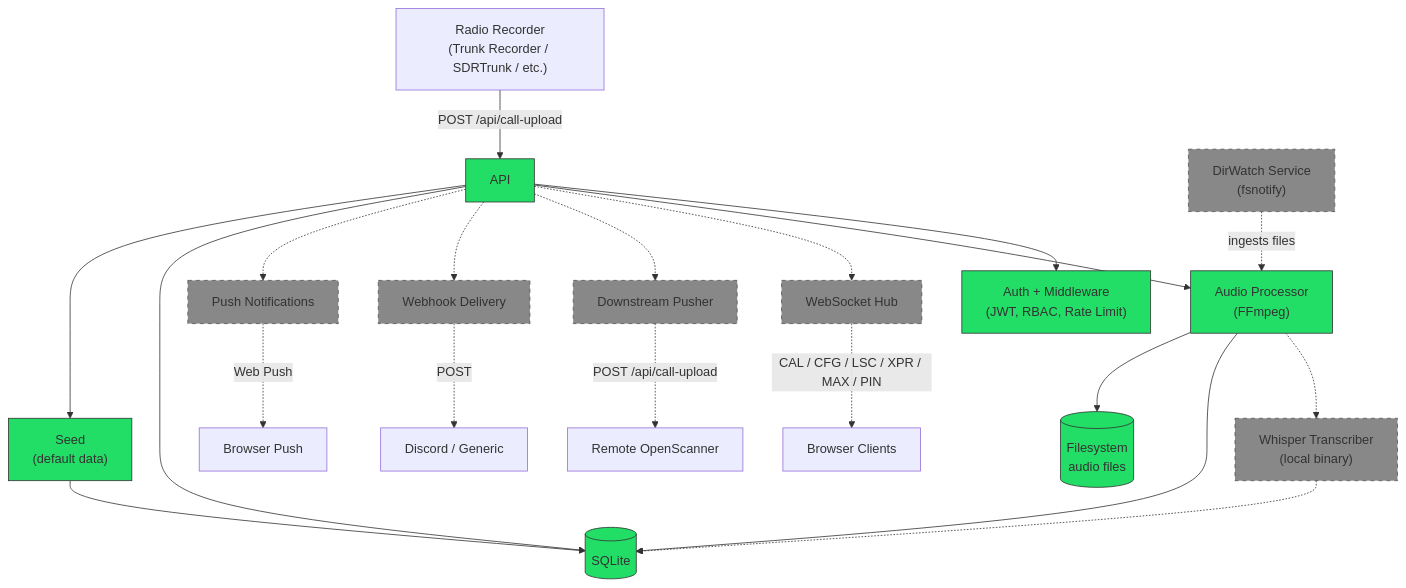
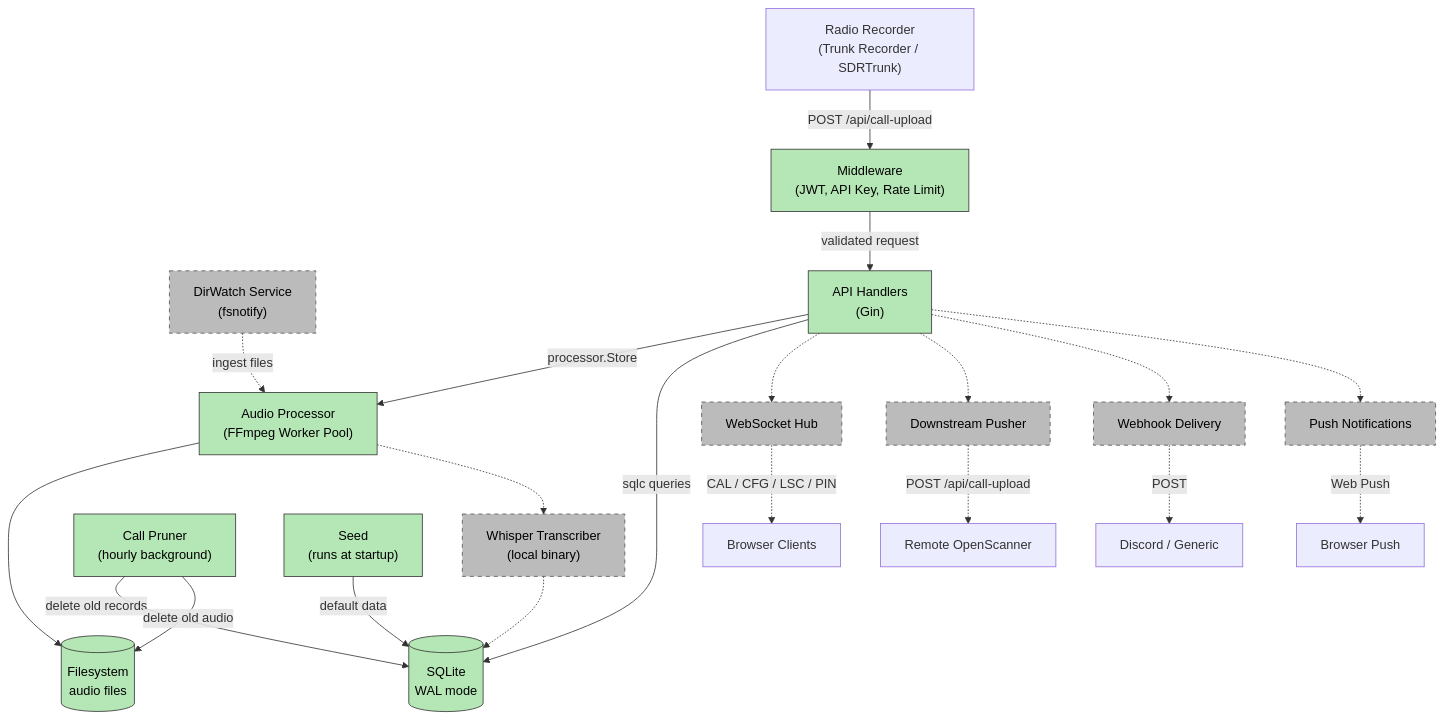
The diagram in docs/architecture.md (revtex/OpenScanner), drawn with Mermaid before and after one commit. The commit also changed other lines of this file, not shown here.

Commit message:
docs: fix architecture mermaid diagram
- Fix data flow accuracy: MW → API → Processor → FS, API → DB
- Split Pruner as separate background node with DB + FS connections
- Move Seed to startup-only (not called from API)
- Show middleware as request pipeline stage, not downstream call
- Improve readability: lighter stub fills, edge labels, black text

````diff
--- a/docs/architecture.md
+++ b/docs/architecture.md
@@ -13,35 +13,40 @@
 ```mermaid
 graph TD
-    Recorder["Radio Recorder\n(Trunk Recorder / SDRTrunk / etc.)"] -->|POST /api/call-upload| API
-    DirWatch["DirWatch Service\n(fsnotify)"] -.->|ingests files| Audio
-    API --> Auth["Auth + Middleware\n(JWT, RBAC, Rate Limit)"]
-    API --> Audio["Audio Processor\n(FFmpeg)"]
-    Audio -.-> Transcriber["Whisper Transcriber\n(local binary)"]
-    Audio --> DB[(SQLite)]
-    Audio --> FS[(Filesystem\naudio files)]
+    Recorder["Radio Recorder<br/>(Trunk Recorder / SDRTrunk)"] -->|POST /api/call-upload| MW
+    DirWatch["DirWatch Service<br/>(fsnotify)"] -.->|ingest files| Processor
+
+    MW["Middleware<br/>(JWT, API Key, Rate Limit)"] -->|validated request| API["API Handlers<br/>(Gin)"]
+    API -->|processor.Store| Processor["Audio Processor<br/>(FFmpeg Worker Pool)"]
+    Processor --> FS[("Filesystem<br/>audio files")]
+    Processor -.-> Transcriber["Whisper Transcriber<br/>(local binary)"]
+    API -->|sqlc queries| DB[(SQLite<br/>WAL mode)]
     Transcriber -.-> DB
+
+    Pruner["Call Pruner<br/>(hourly background)"] -->|delete old records| DB
+    Pruner -->|delete old audio| FS
+
+    Seed["Seed<br/>(runs at startup)"] -->|default data| DB
+
     API -.-> Hub["WebSocket Hub"]
-    Hub -.->|CAL / CFG / LSC / XPR / MAX / PIN| Listeners["Browser Clients"]
+    Hub -.->|CAL / CFG / LSC / PIN| Listeners["Browser Clients"]
     API -.-> Downstream["Downstream Pusher"]
     Downstream -.->|POST /api/call-upload| RemoteInstance["Remote OpenScanner"]
     API -.-> Webhooks["Webhook Delivery"]
     Webhooks -.->|POST| External["Discord / Generic"]
     API -.-> Push["Push Notifications"]
     Push -.->|Web Push| Browser["Browser Push"]
-    API --> DB
-    API --> Seed["Seed\n(default data)"]
-    Seed --> DB
 
-    style API fill:#2d6,stroke:#333
-    style Auth fill:#2d6,stroke:#333
-    style DB fill:#2d6,stroke:#333
-    style Seed fill:#2d6,stroke:#333
-    style Audio fill:#2d6,stroke:#333
-    style FS fill:#2d6,stroke:#333
-    style Hub fill:#888,stroke:#555,stroke-dasharray: 5 5
-    style Transcriber fill:#888,stroke:#555,stroke-dasharray: 5 5
-    style DirWatch fill:#888,stroke:#555,stroke-dasharray: 5 5
-    style Downstream fill:#888,stroke:#555,stroke-dasharray: 5 5
-    style Webhooks fill:#888,stroke:#555,stroke-dasharray: 5 5
-    style Push fill:#888,stroke:#555,stroke-dasharray: 5 5
+    style MW fill:#b5e6b5,stroke:#333,color:#000
+    style API fill:#b5e6b5,stroke:#333,color:#000
+    style Processor fill:#b5e6b5,stroke:#333,color:#000
+    style FS fill:#b5e6b5,stroke:#333,color:#000
+    style DB fill:#b5e6b5,stroke:#333,color:#000
+    style Seed fill:#b5e6b5,stroke:#333,color:#000
+    style Pruner fill:#b5e6b5,stroke:#333,color:#000
+    style Hub fill:#bbb,stroke:#555,color:#000,stroke-dasharray: 5 5
+    style Transcriber fill:#bbb,stroke:#555,color:#000,stroke-dasharray: 5 5
+    style DirWatch fill:#bbb,stroke:#555,color:#000,stroke-dasharray: 5 5
+    style Downstream fill:#bbb,stroke:#555,color:#000,stroke-dasharray: 5 5
+    style Webhooks fill:#bbb,stroke:#555,color:#000,stroke-dasharray: 5 5
+    style Push fill:#bbb,stroke:#555,color:#000,stroke-dasharray: 5 5
 ```
````
